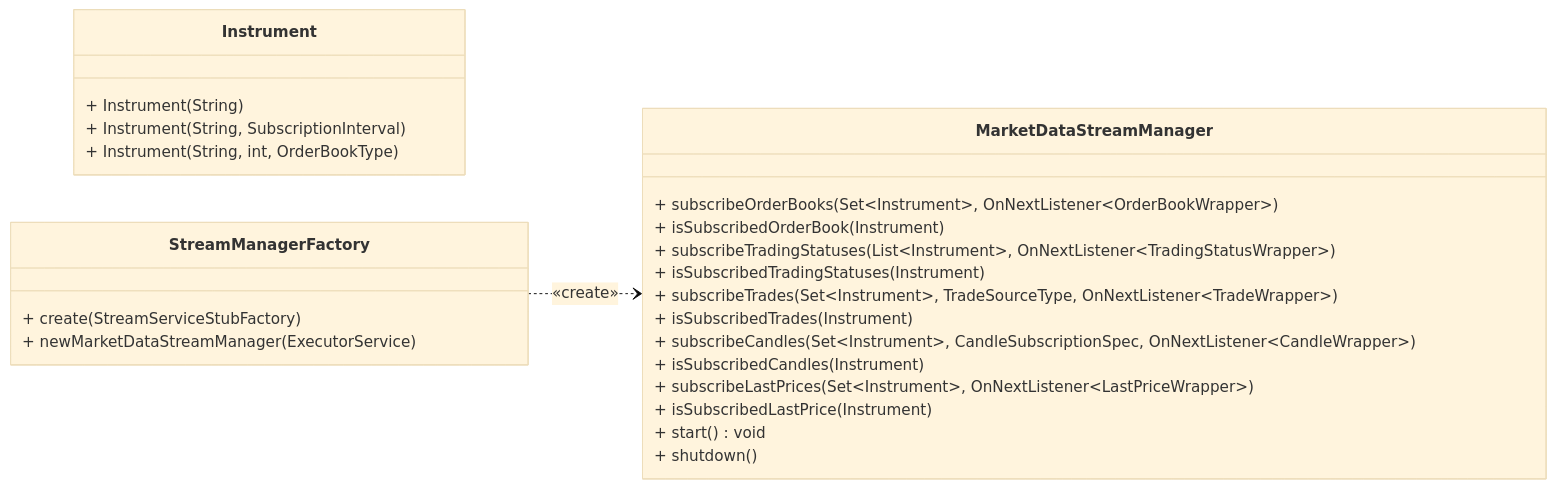
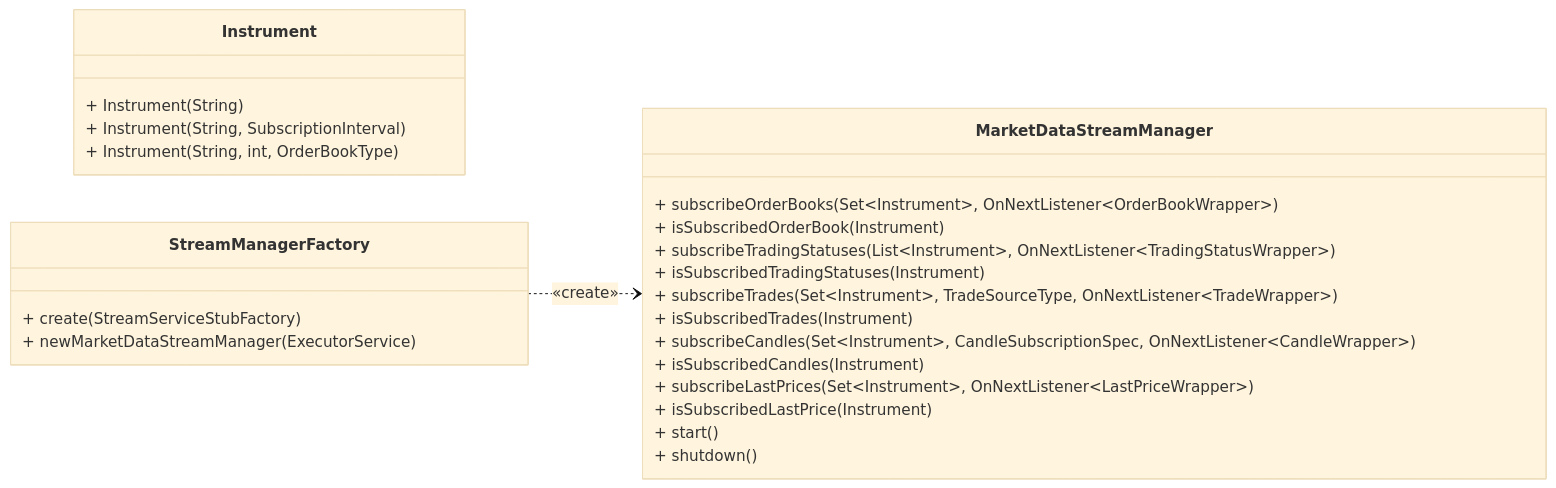
One commit to RussianInvestments/invest-api-java-sdk changed the fourth of 4 diagrams in core/README.md. Above: the diagram before and after it, drawn with Mermaid (base theme). The commit also changed other lines of this file and 9 other files, not shown here.

````diff
--- a/core/README.md
+++ b/core/README.md
@@ -319,28 +333,28 @@
 ```mermaid
 classDiagram
 direction LR
 class Instrument {
   + Instrument(String)
   + Instrument(String, SubscriptionInterval)
   + Instrument(String, int, OrderBookType)
 }
 class MarketDataStreamManager {
   + subscribeOrderBooks(Set~Instrument~, OnNextListener~OrderBookWrapper~)
   + isSubscribedOrderBook(Instrument)
   + subscribeTradingStatuses(List~Instrument~, OnNextListener~TradingStatusWrapper~)
   + isSubscribedTradingStatuses(Instrument)
   + subscribeTrades(Set~Instrument~, TradeSourceType, OnNextListener~TradeWrapper~)
   + isSubscribedTrades(Instrument)
   + subscribeCandles(Set~Instrument~, CandleSubscriptionSpec, OnNextListener~CandleWrapper~)
   + isSubscribedCandles(Instrument)
   + subscribeLastPrices(Set~Instrument~, OnNextListener~LastPriceWrapper~)
   + isSubscribedLastPrice(Instrument)
-  + start() void
+  + start()
   + shutdown()
 }
 class StreamManagerFactory {
   + create(StreamServiceStubFactory)
   + newMarketDataStreamManager(ExecutorService)
 }
 StreamManagerFactory  ..>  MarketDataStreamManager : «create»
 ```
````
